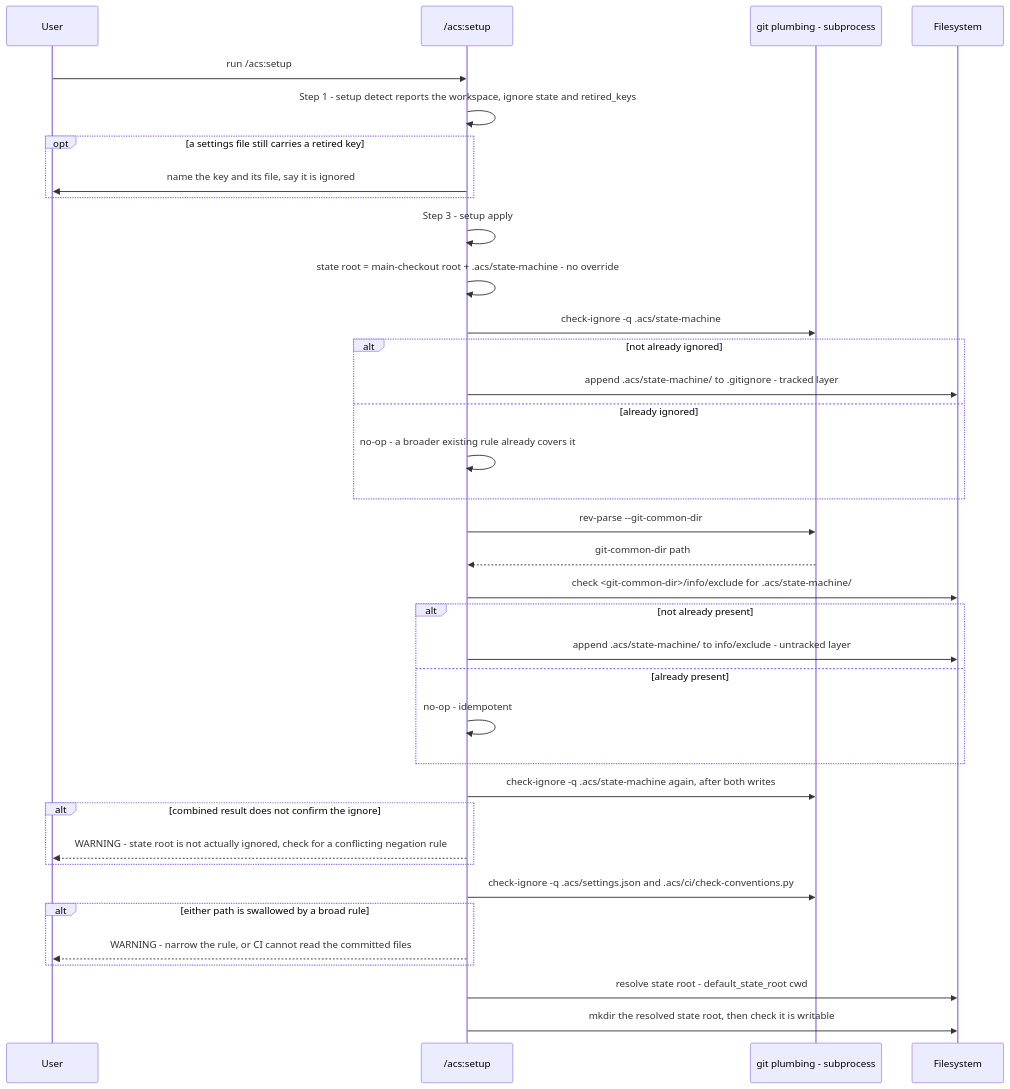
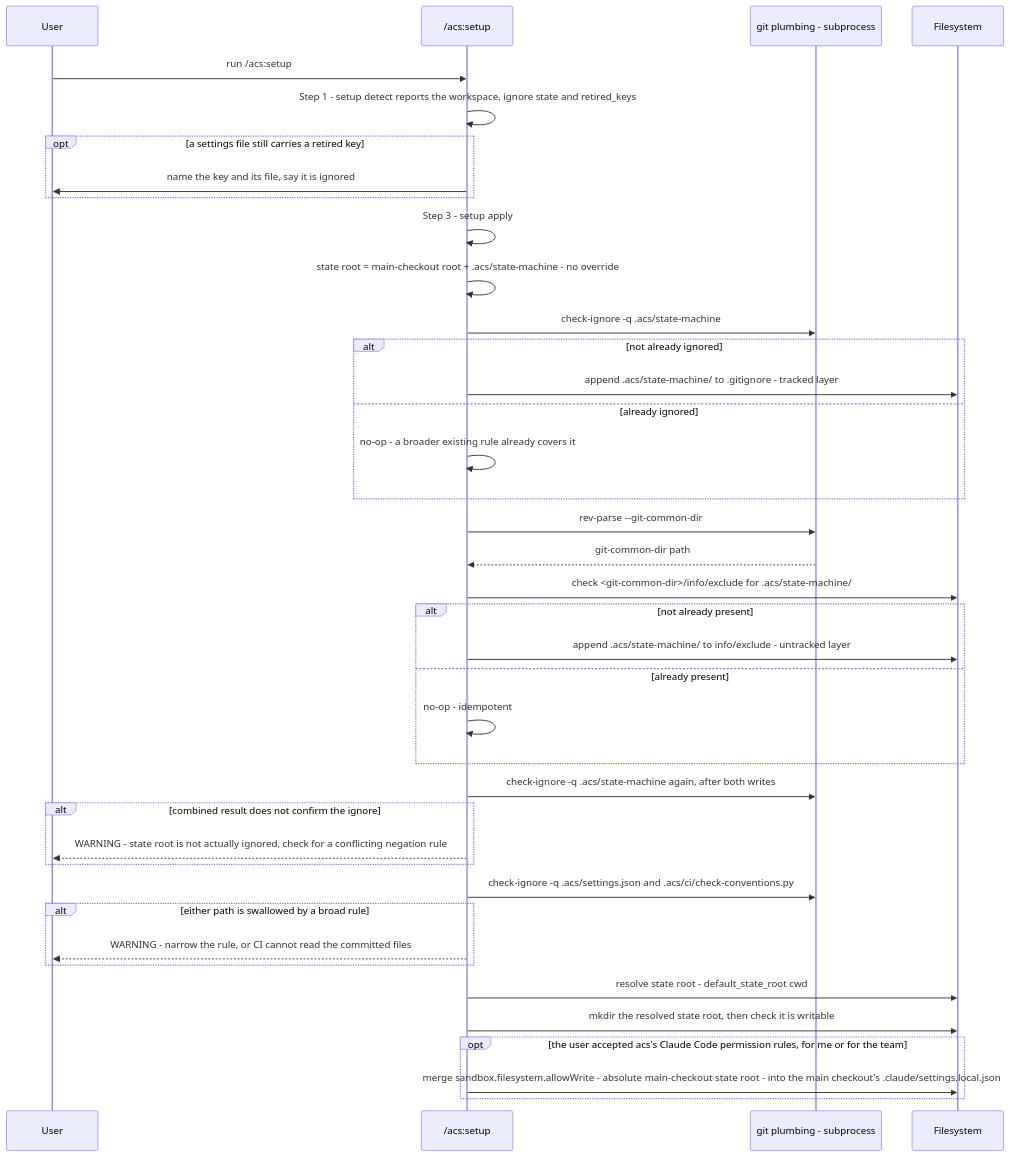
Before and after one commit to globalmindsolution/gms-marketplace: the diagram in docs/architecture/lld/flows/setup-state-root-setup.md, drawn with Mermaid. The commit also changed other lines of this file and 39 other files, not shown here.

First line of the commit message:
WIP: state stays at the main checkout's .acs/state-machine (in progress, cont.)

````diff
--- a/docs/architecture/lld/flows/setup-state-root-setup.md
+++ b/docs/architecture/lld/flows/setup-state-root-setup.md
@@ -22,39 +22,42 @@
 ```mermaid
 sequenceDiagram
     participant User
     participant Init as /acs:setup
     participant Git as git plumbing - subprocess
     participant FS as Filesystem
 
     User->>Init: run /acs:setup
     Init->>Init: Step 1 - setup detect reports the workspace, ignore state and retired_keys
     opt a settings file still carries a retired key
         Init->>User: name the key and its file, say it is ignored
     end
     Init->>Init: Step 3 - setup apply
     Init->>Init: state root = main-checkout root + .acs/state-machine - no override
     Init->>Git: check-ignore -q .acs/state-machine
     alt not already ignored
         Init->>FS: append .acs/state-machine/ to .gitignore - tracked layer
     else already ignored
         Init->>Init: no-op - a broader existing rule already covers it
     end
     Init->>Git: rev-parse --git-common-dir
     Git-->>Init: git-common-dir path
     Init->>FS: check <git-common-dir>/info/exclude for .acs/state-machine/
     alt not already present
         Init->>FS: append .acs/state-machine/ to info/exclude - untracked layer
     else already present
         Init->>Init: no-op - idempotent
     end
     Init->>Git: check-ignore -q .acs/state-machine again, after both writes
     alt combined result does not confirm the ignore
         Init-->>User: WARNING - state root is not actually ignored, check for a conflicting negation rule
     end
     Init->>Git: check-ignore -q .acs/settings.json and .acs/ci/check-conventions.py
     alt either path is swallowed by a broad rule
         Init-->>User: WARNING - narrow the rule, or CI cannot read the committed files
     end
     Init->>FS: resolve state root - default_state_root cwd
     Init->>FS: mkdir the resolved state root, then check it is writable
+    opt the user accepted acs's Claude Code permission rules, for me or for the team
+        Init->>FS: merge sandbox.filesystem.allowWrite - absolute main-checkout state root - into the main checkout's .claude/settings.local.json
+    end
 ```
````
